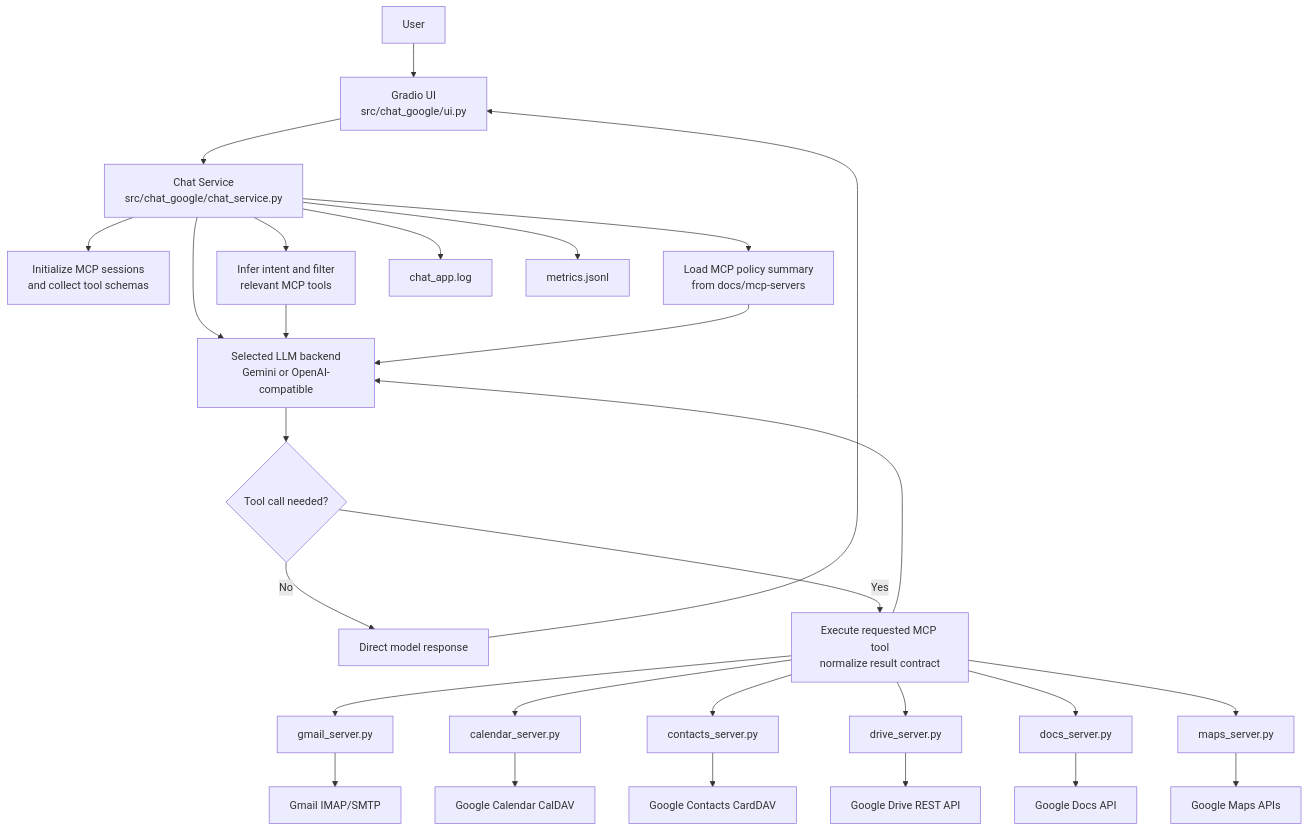
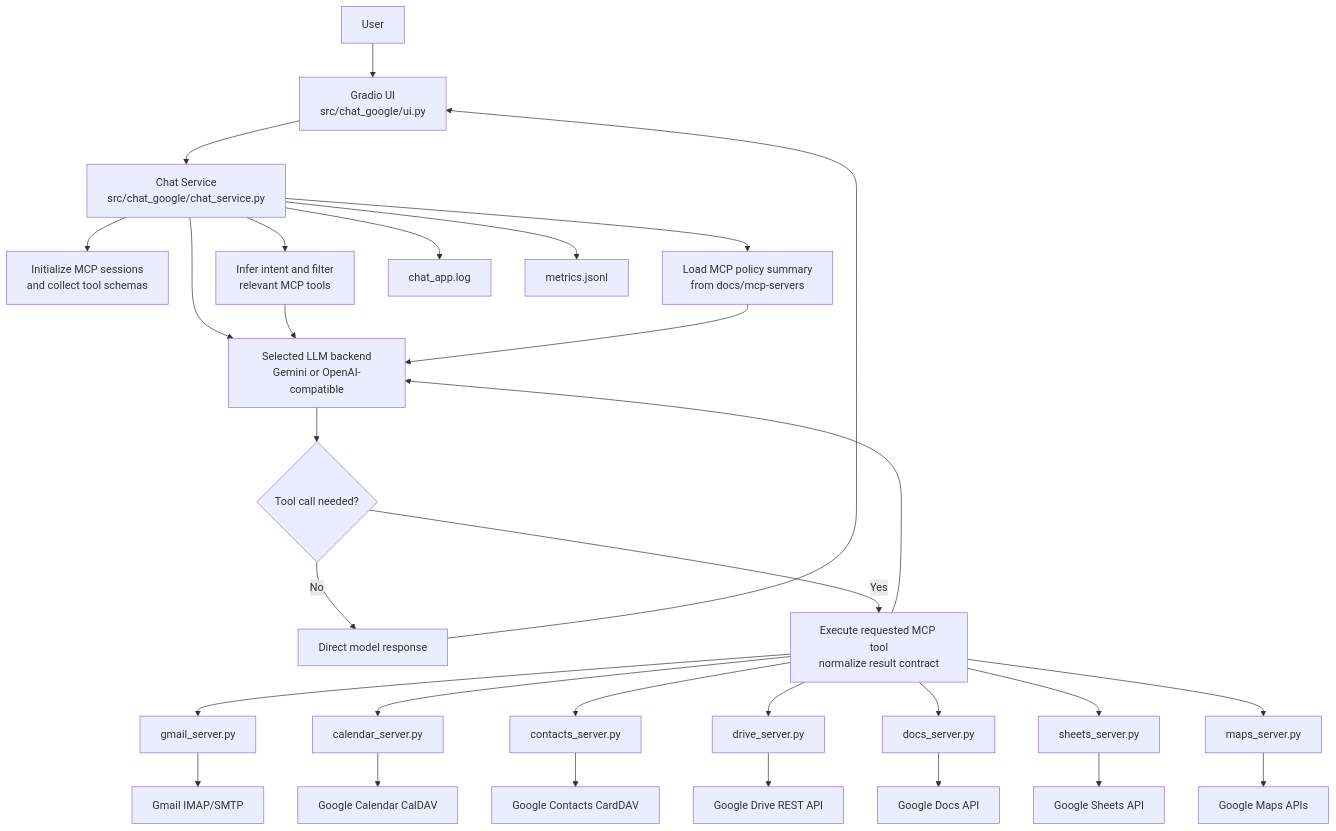
Before and after one commit to agungw132/chat-mcp-google: the diagram in README.md, drawn with Mermaid. The commit also changed other lines of this file and 30 other files, not shown here.

Commit message:
feat: add Google Sheets .xls support and sync docs

````diff
--- a/README.md
+++ b/README.md
@@ -79,36 +80,38 @@
 ```mermaid
 flowchart TD
     U[User] --> UI[Gradio UI<br/>src/chat_google/ui.py]
     UI --> CS[Chat Service<br/>src/chat_google/chat_service.py]
 
     CS --> MCPREG[Initialize MCP sessions<br/>and collect tool schemas]
     CS --> ROUTE[Infer intent and filter<br/>relevant MCP tools]
     CS --> POLICY[Load MCP policy summary<br/>from docs/mcp-servers]
     CS --> LLM[Selected LLM backend<br/>Gemini or OpenAI-compatible]
 
     LLM --> DEC{Tool call needed?}
     DEC -- No --> RESP[Direct model response]
     DEC -- Yes --> TOOL[Execute requested MCP tool<br/>normalize result contract]
 
     TOOL --> MG[gmail_server.py]
     TOOL --> MC[calendar_server.py]
     TOOL --> MT[contacts_server.py]
     TOOL --> MD[drive_server.py]
     TOOL --> MDO[docs_server.py]
+    TOOL --> MSH[sheets_server.py]
     TOOL --> MM[maps_server.py]
 
     MG --> GI[Gmail IMAP/SMTP]
     MC --> GC[Google Calendar CalDAV]
     MT --> GCT[Google Contacts CardDAV]
     MD --> GD[Google Drive REST API]
     MDO --> GDO[Google Docs API]
+    MSH --> GSH[Google Sheets API]
     MM --> GM[Google Maps APIs]
 
     ROUTE --> LLM
     POLICY --> LLM
     TOOL --> LLM
     RESP --> UI
 
     CS --> L[chat_app.log]
     CS --> M[metrics.jsonl]
 ```
````
